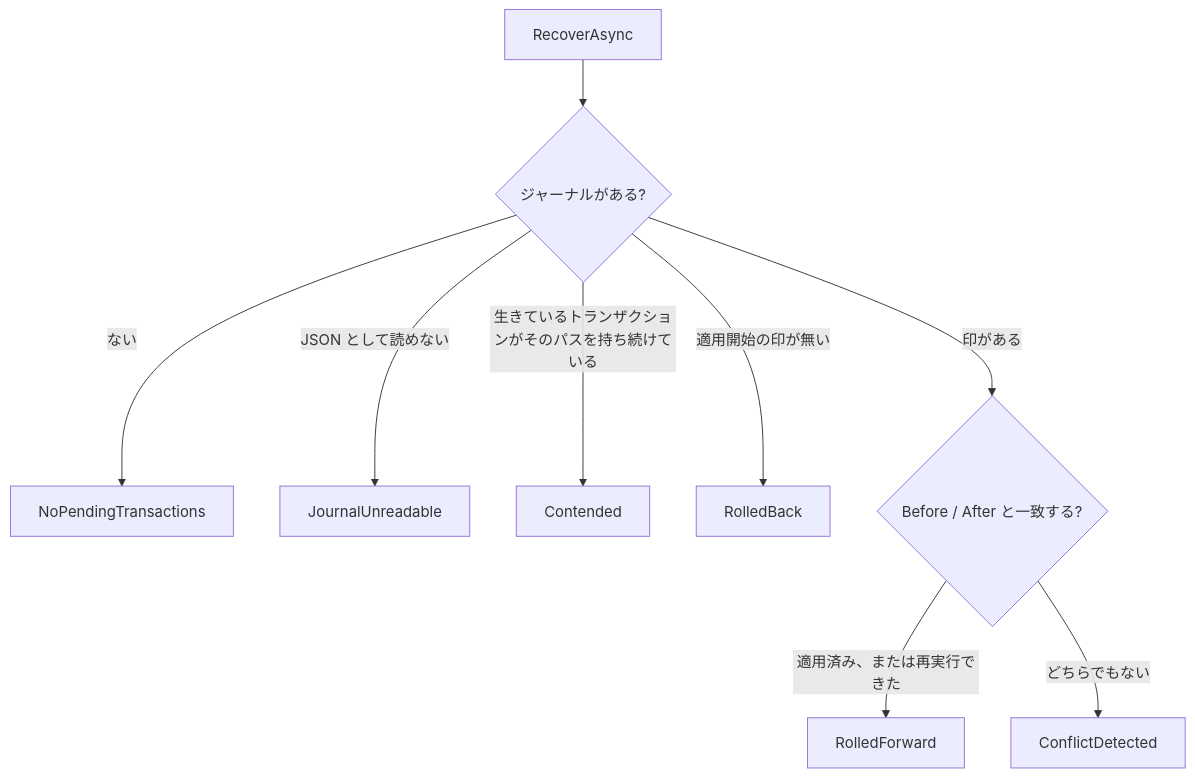
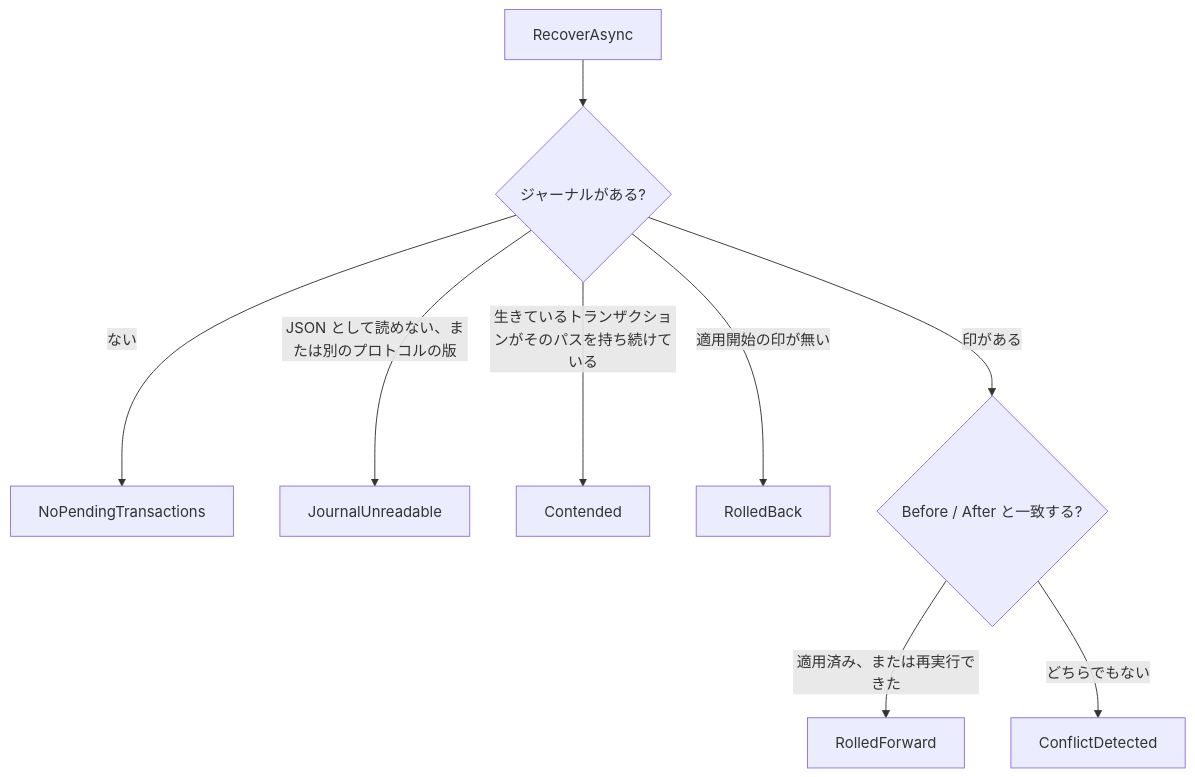
One commit to YUKIKEDA/Txfio changed the second of 15 diagrams in README.ja.md. Above: the diagram before and after it, drawn with Mermaid. The commit also changed other lines of this file and 3 other files, not shown here.

````diff
--- a/README.ja.md
+++ b/README.ja.md
@@ -162,11 +162,11 @@
 ```mermaid
 flowchart TD
   call["RecoverAsync"] --> has{"ジャーナルがある?"}
   has -->|ない| none["NoPendingTransactions"]
-  has -->|JSON として読めない| unreadable["JournalUnreadable"]
+  has -->|JSON として読めない、または別のプロトコルの版| unreadable["JournalUnreadable"]
   has -->|生きているトランザクションがそのパスを持ち続けている| contended["Contended"]
   has -->|適用開始の印が無い| back["RolledBack"]
   has -->|印がある| match{"Before / After と一致する?"}
   match -->|適用済み、または再実行できた| forward["RolledForward"]
   match -->|どちらでもない| conflict["ConflictDetected"]
 ```
````
